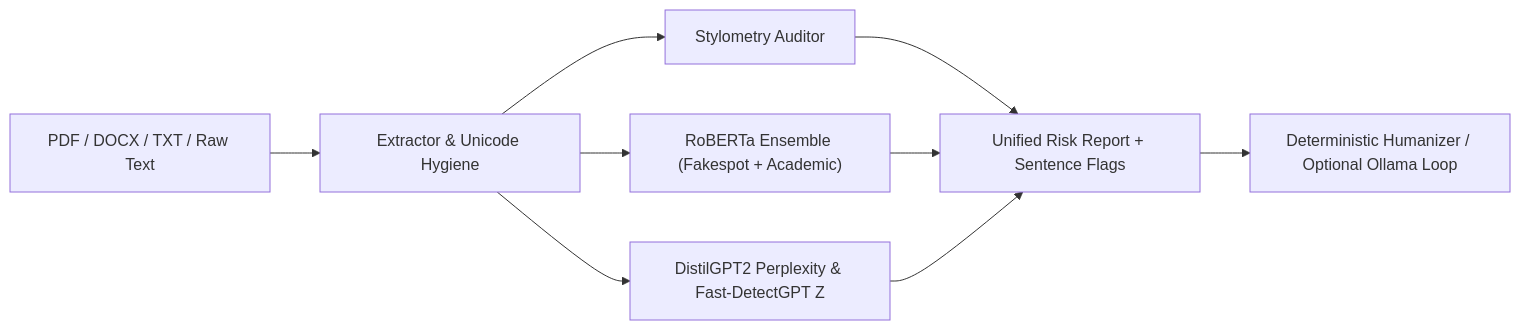
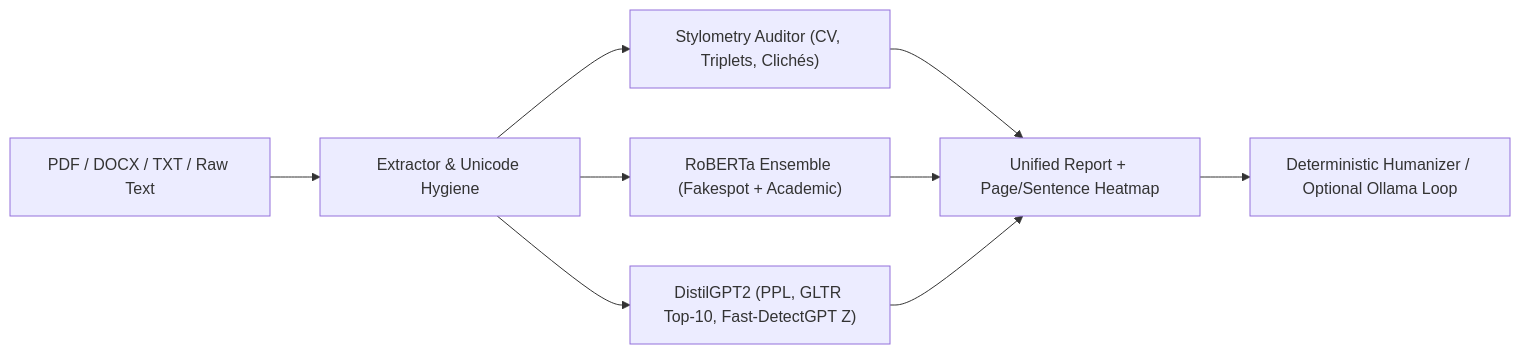
The diagram in README.md (CodeThief831/TraceZero), drawn with Mermaid before and after one commit. The commit also changed other lines of this file and 34 other files, not shown here.

````diff
--- a/README.md
+++ b/README.md
@@ -24,11 +42,11 @@
 ```mermaid
 flowchart LR
-    Input["PDF / DOCX / TXT / Raw Text"] --> Ext["Extractor & Unicode Hygiene"]
-    Ext --> Stylo["Stylometry Auditor"]
-    Ext --> Neural["RoBERTa Ensemble (Fakespot + Academic)"]
-    Ext --> PPL["DistilGPT2 Perplexity & Fast-DetectGPT Z"]
-    Stylo --> Report["Unified Risk Report + Sentence Flags"]
-    Neural --> Report
-    PPL --> Report
-    Report --> Humanizer["Deterministic Humanizer / Optional Ollama Loop"]
+    In["PDF / DOCX / TXT / Raw Text"] --> Ext["Extractor & Unicode Hygiene"]
+    Ext --> Stylo["Stylometry Auditor (CV, Triplets, Clichés)"]
+    Ext --> Ens["RoBERTa Ensemble (Fakespot + Academic)"]
+    Ext --> LM["DistilGPT2 (PPL, GLTR Top-10, Fast-DetectGPT Z)"]
+    Stylo --> Rep["Unified Report + Page/Sentence Heatmap"]
+    Ens --> Rep
+    LM --> Rep
+    Rep --> Hum["Deterministic Humanizer / Optional Ollama Loop"]
 ```
````
